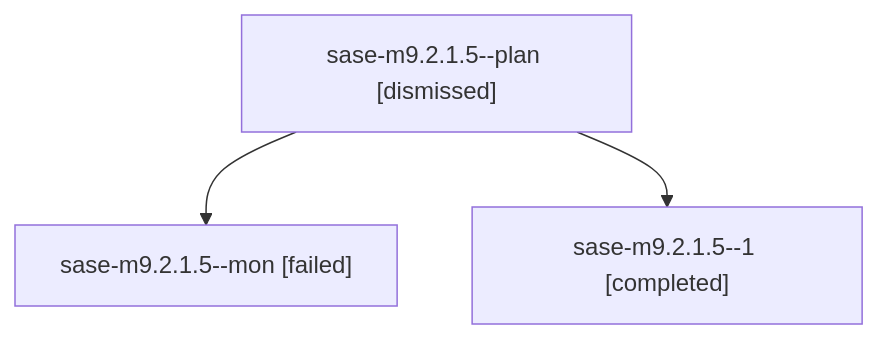
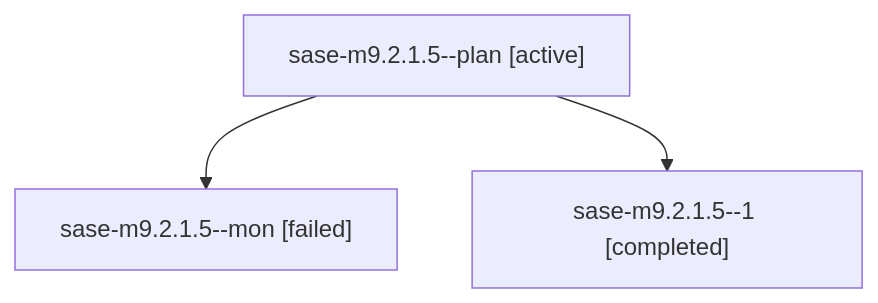
Before and after one commit to sase-org/sase--agents: the diagram in families/bbugyi200.athena.sase-m9.2.1.5.md, drawn with Mermaid. The commit also changed other lines of this file and 35830 other files, not shown here.

````diff
--- a/families/bbugyi200.athena.sase-m9.2.1.5.md
+++ b/families/bbugyi200.athena.sase-m9.2.1.5.md
@@ -9,8 +9,8 @@
 ```mermaid
 flowchart TD
-  n0["sase-m9.2.1.5--plan [dismissed]"]
+  n0["sase-m9.2.1.5--plan [active]"]
   n1["sase-m9.2.1.5--mon [failed]"]
   n0 --> n1
   n2["sase-m9.2.1.5--1 [completed]"]
   n0 --> n2
 ```
````
